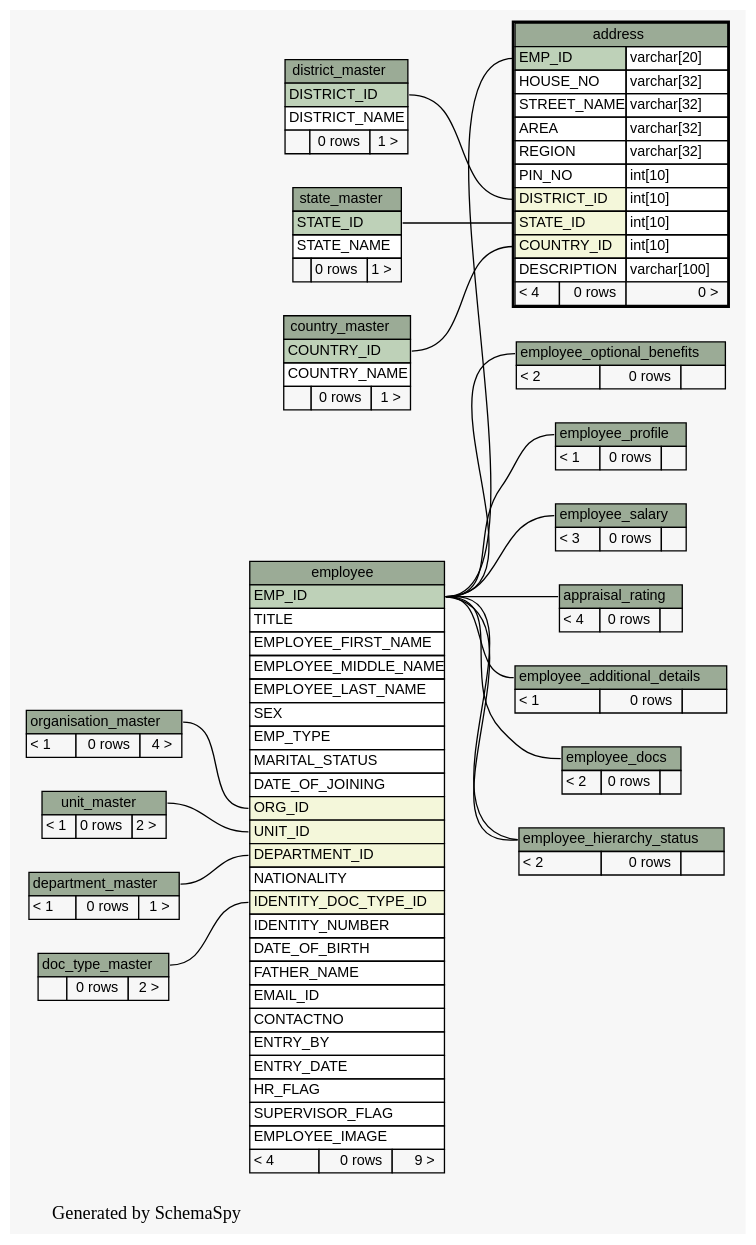
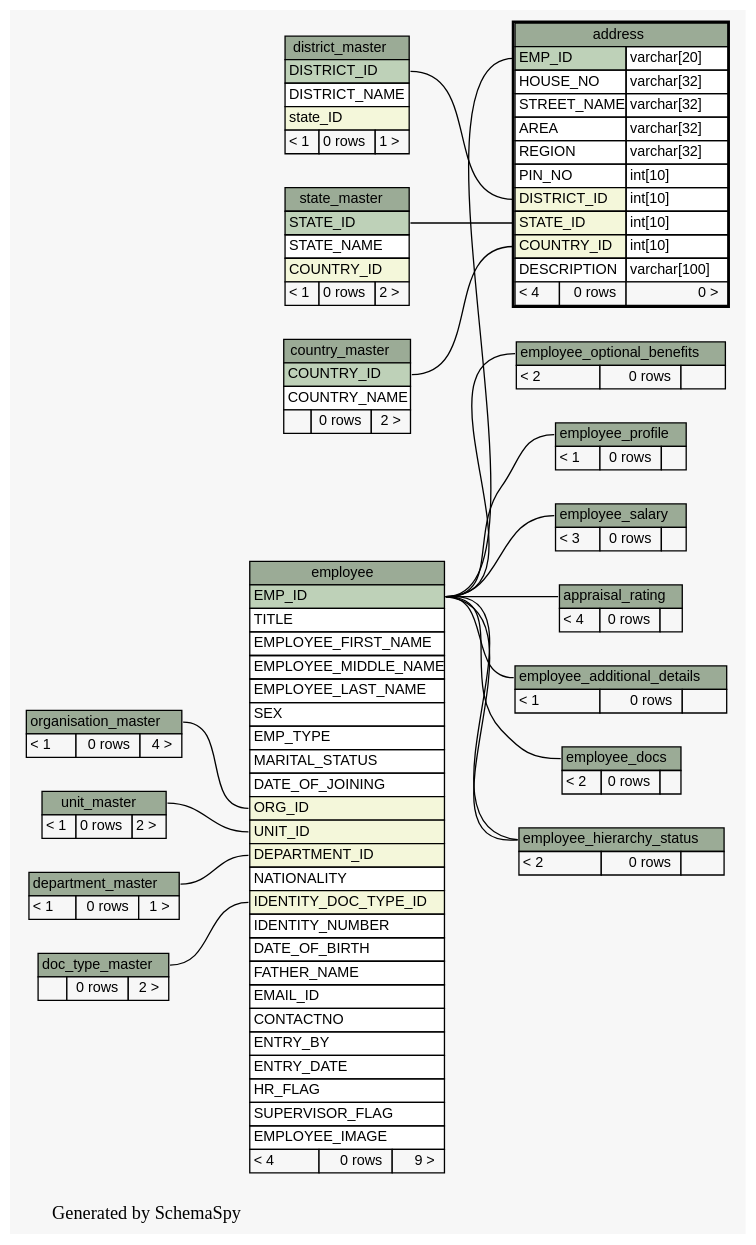
Before and after one commit to engineerscraft/hrms: the diagram in docs/database/schemaspy/graphs/address.2degrees.dot, drawn with Graphviz. The commit also changed 96 other files, not shown here.

```diff
--- a/docs/database/schemaspy/graphs/address.2degrees.dot
+++ b/docs/database/schemaspy/graphs/address.2degrees.dot
@@ -64,7 +64,7 @@
       <TR><TD PORT="country_master.heading" COLSPAN="3" BGCOLOR="#9bab96" ALIGN="CENTER">country_master</TD></TR>
       <TR><TD PORT="COUNTRY_ID" COLSPAN="3" BGCOLOR="#bed1b8" ALIGN="LEFT">COUNTRY_ID</TD></TR>
       <TR><TD PORT="COUNTRY_NAME" COLSPAN="3" ALIGN="LEFT">COUNTRY_NAME</TD></TR>
-      <TR><TD ALIGN="LEFT" BGCOLOR="#f7f7f7">  </TD><TD ALIGN="RIGHT" BGCOLOR="#f7f7f7">0 rows</TD><TD ALIGN="RIGHT" BGCOLOR="#f7f7f7">1 &gt;</TD></TR>
+      <TR><TD ALIGN="LEFT" BGCOLOR="#f7f7f7">  </TD><TD ALIGN="RIGHT" BGCOLOR="#f7f7f7">0 rows</TD><TD ALIGN="RIGHT" BGCOLOR="#f7f7f7">2 &gt;</TD></TR>
     </TABLE>>
     URL="country_master.html#graph"
     tooltip="country_master"
@@ -84,7 +84,8 @@
       <TR><TD PORT="district_master.heading" COLSPAN="3" BGCOLOR="#9bab96" ALIGN="CENTER">district_master</TD></TR>
       <TR><TD PORT="DISTRICT_ID" COLSPAN="3" BGCOLOR="#bed1b8" ALIGN="LEFT">DISTRICT_ID</TD></TR>
       <TR><TD PORT="DISTRICT_NAME" COLSPAN="3" ALIGN="LEFT">DISTRICT_NAME</TD></TR>
-      <TR><TD ALIGN="LEFT" BGCOLOR="#f7f7f7">  </TD><TD ALIGN="RIGHT" BGCOLOR="#f7f7f7">0 rows</TD><TD ALIGN="RIGHT" BGCOLOR="#f7f7f7">1 &gt;</TD></TR>
+      <TR><TD PORT="state_ID" COLSPAN="3" BGCOLOR="#f4f7da" ALIGN="LEFT">state_ID</TD></TR>
+      <TR><TD ALIGN="LEFT" BGCOLOR="#f7f7f7">&lt; 1</TD><TD ALIGN="RIGHT" BGCOLOR="#f7f7f7">0 rows</TD><TD ALIGN="RIGHT" BGCOLOR="#f7f7f7">1 &gt;</TD></TR>
     </TABLE>>
     URL="district_master.html#graph"
     tooltip="district_master"
@@ -200,7 +201,8 @@
       <TR><TD PORT="state_master.heading" COLSPAN="3" BGCOLOR="#9bab96" ALIGN="CENTER">state_master</TD></TR>
       <TR><TD PORT="STATE_ID" COLSPAN="3" BGCOLOR="#bed1b8" ALIGN="LEFT">STATE_ID</TD></TR>
       <TR><TD PORT="STATE_NAME" COLSPAN="3" ALIGN="LEFT">STATE_NAME</TD></TR>
-      <TR><TD ALIGN="LEFT" BGCOLOR="#f7f7f7">  </TD><TD ALIGN="RIGHT" BGCOLOR="#f7f7f7">0 rows</TD><TD ALIGN="RIGHT" BGCOLOR="#f7f7f7">1 &gt;</TD></TR>
+      <TR><TD PORT="COUNTRY_ID" COLSPAN="3" BGCOLOR="#f4f7da" ALIGN="LEFT">COUNTRY_ID</TD></TR>
+      <TR><TD ALIGN="LEFT" BGCOLOR="#f7f7f7">&lt; 1</TD><TD ALIGN="RIGHT" BGCOLOR="#f7f7f7">0 rows</TD><TD ALIGN="RIGHT" BGCOLOR="#f7f7f7">2 &gt;</TD></TR>
     </TABLE>>
     URL="state_master.html#graph"
     tooltip="state_master"
```
